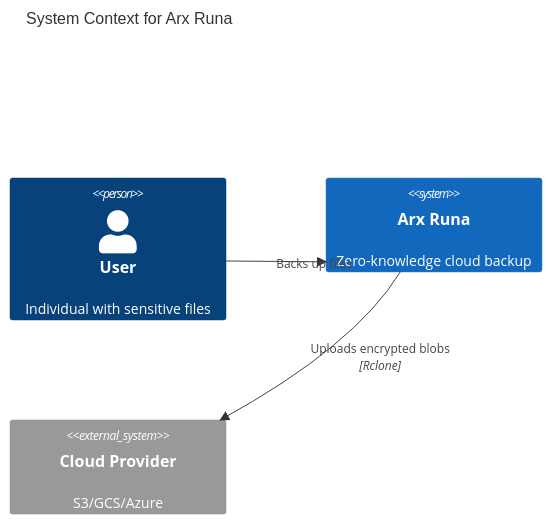
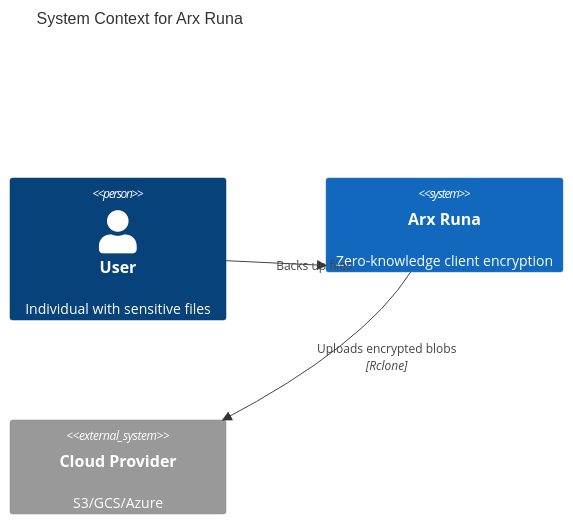
One commit to salgaard/arx-runa changed the ninth of 9 diagrams in .claude/reference/mermaid.md. Above: the diagram before and after it, drawn with Mermaid. The commit also changed 2 other files, not shown here.

Commit message:
update rules

````diff
--- a/.claude/reference/mermaid.md
+++ b/.claude/reference/mermaid.md
@@ -397,11 +397,11 @@
 ```mermaid
 C4Context
     title System Context for Arx Runa
 
     Person(user, "User", "Individual with sensitive files")
-    System(arx_runa, "Arx Runa", "Zero-knowledge cloud backup")
+    System(arx_runa, "Arx Runa", "Zero-knowledge client encryption")
     System_Ext(cloud, "Cloud Provider", "S3/GCS/Azure")
 
     Rel(user, arx_runa, "Backs up files")
     Rel(arx_runa, cloud, "Uploads encrypted blobs", "Rclone")
 ```
````
